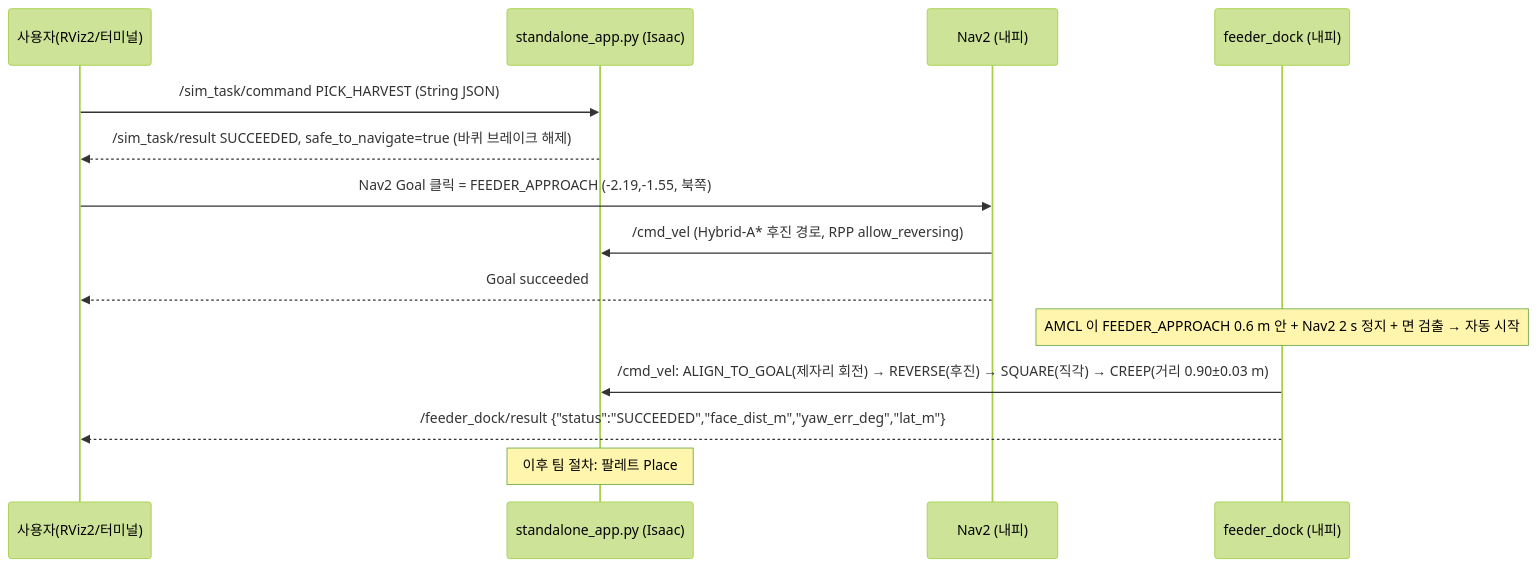
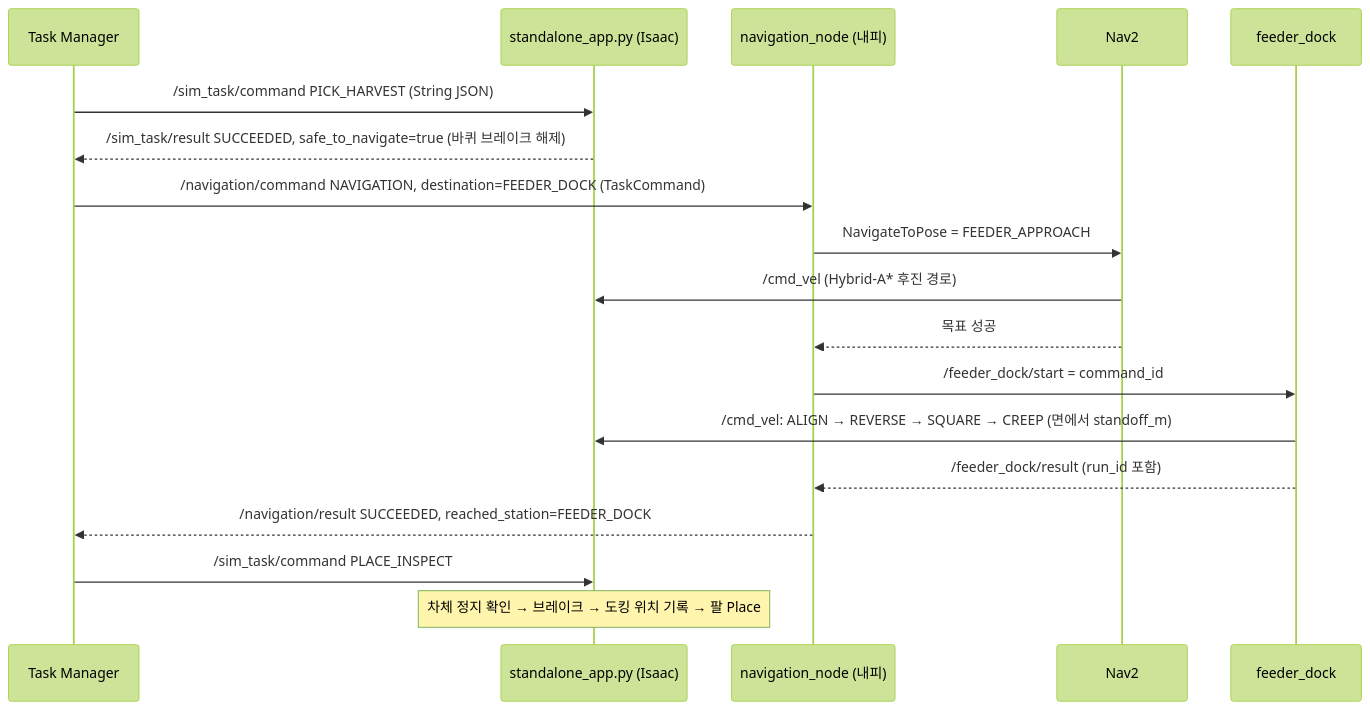
Before and after one commit to shbong06-sketch/ROKEY_P3_A1: the second of 4 diagrams in cobot3_ws/src/smart_farm_navigation/docs/architecture.md, drawn with Mermaid (forest theme). The commit also changed other lines of this file and 28 other files, not shown here.

First line of the commit message:
feat(nav2): Task Manager 명령으로 주행·정밀 도킹 통합

````diff
--- a/cobot3_ws/src/smart_farm_navigation/docs/architecture.md
+++ b/cobot3_ws/src/smart_farm_navigation/docs/architecture.md
@@ -40,16 +42,20 @@
 ```mermaid
 sequenceDiagram
-    participant U as 사용자(RViz2/터미널)
+    participant TM as Task Manager
     participant APP as standalone_app.py (Isaac)
-    participant N2 as Nav2 (내피)
-    participant FD as feeder_dock (내피)
-    U->>APP: /sim_task/command PICK_HARVEST (String JSON)
-    APP-->>U: /sim_task/result SUCCEEDED, safe_to_navigate=true (바퀴 브레이크 해제)
-    U->>N2: Nav2 Goal 클릭 = FEEDER_APPROACH (-2.19,-1.55, 북쪽)
-    N2->>APP: /cmd_vel (Hybrid-A* 후진 경로, RPP allow_reversing)
-    N2-->>U: Goal succeeded
-    Note over FD: AMCL 이 FEEDER_APPROACH 0.6 m 안 + Nav2 2 s 정지 + 면 검출 → 자동 시작
-    FD->>APP: /cmd_vel: ALIGN_TO_GOAL(제자리 회전) → REVERSE(후진) → SQUARE(직각) → CREEP(거리 0.90±0.03 m)
-    FD-->>U: /feeder_dock/result {"status":"SUCCEEDED","face_dist_m","yaw_err_deg","lat_m"}
-    Note over APP: 이후 팀 절차: 팔레트 Place
+    participant NN as navigation_node (내피)
+    participant N2 as Nav2
+    participant FD as feeder_dock
+    TM->>APP: /sim_task/command PICK_HARVEST (String JSON)
+    APP-->>TM: /sim_task/result SUCCEEDED, safe_to_navigate=true (바퀴 브레이크 해제)
+    TM->>NN: /navigation/command NAVIGATION, destination=FEEDER_DOCK (TaskCommand)
+    NN->>N2: NavigateToPose = FEEDER_APPROACH
+    N2->>APP: /cmd_vel (Hybrid-A* 후진 경로)
+    N2-->>NN: 목표 성공
+    NN->>FD: /feeder_dock/start = command_id
+    FD->>APP: /cmd_vel: ALIGN → REVERSE → SQUARE → CREEP (면에서 standoff_m)
+    FD-->>NN: /feeder_dock/result (run_id 포함)
+    NN-->>TM: /navigation/result SUCCEEDED, reached_station=FEEDER_DOCK
+    TM->>APP: /sim_task/command PLACE_INSPECT
+    Note over APP: 차체 정지 확인 → 브레이크 → 도킹 위치 기록 → 팔 Place
 ```
````
